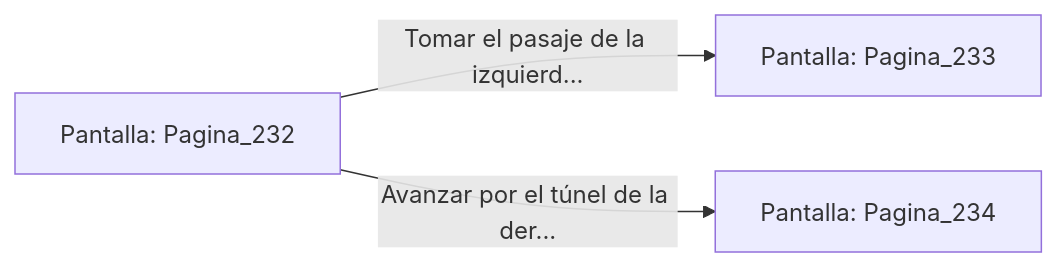
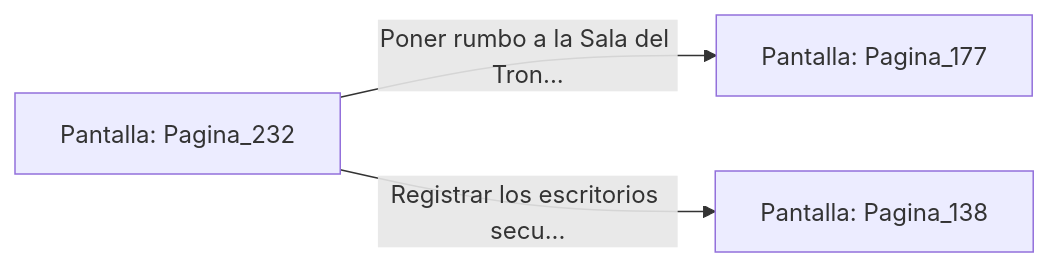
One commit to metsuke/mpl changed the diagram in sample/eligejuego-vault/Pantalla_Pagina_232.md. Above: the diagram before and after it, drawn with Mermaid. The commit also changed other lines of this file and 635 other files, not shown here.

First line of the commit message:
fix: añadir Pagina_1 como pantalla inicial en capitulo_01.mpl

````diff
--- a/sample/eligejuego-vault/Pantalla_Pagina_232.md
+++ b/sample/eligejuego-vault/Pantalla_Pagina_232.md
@@ -20,6 +22,6 @@
 ```mermaid
 graph LR
     P_Pagina_232["Pantalla: Pagina_232"]
-    P_Pagina_232 -->|"Tomar el pasaje de la izquierd..."| P_Pagina_233["Pantalla: Pagina_233"]
-    P_Pagina_232 -->|"Avanzar por el túnel de la der..."| P_Pagina_234["Pantalla: Pagina_234"]
+    P_Pagina_232 -->|"Poner rumbo a la Sala del Tron..."| P_Pagina_177["Pantalla: Pagina_177"]
+    P_Pagina_232 -->|"Registrar los escritorios secu..."| P_Pagina_138["Pantalla: Pagina_138"]
 ```
````
